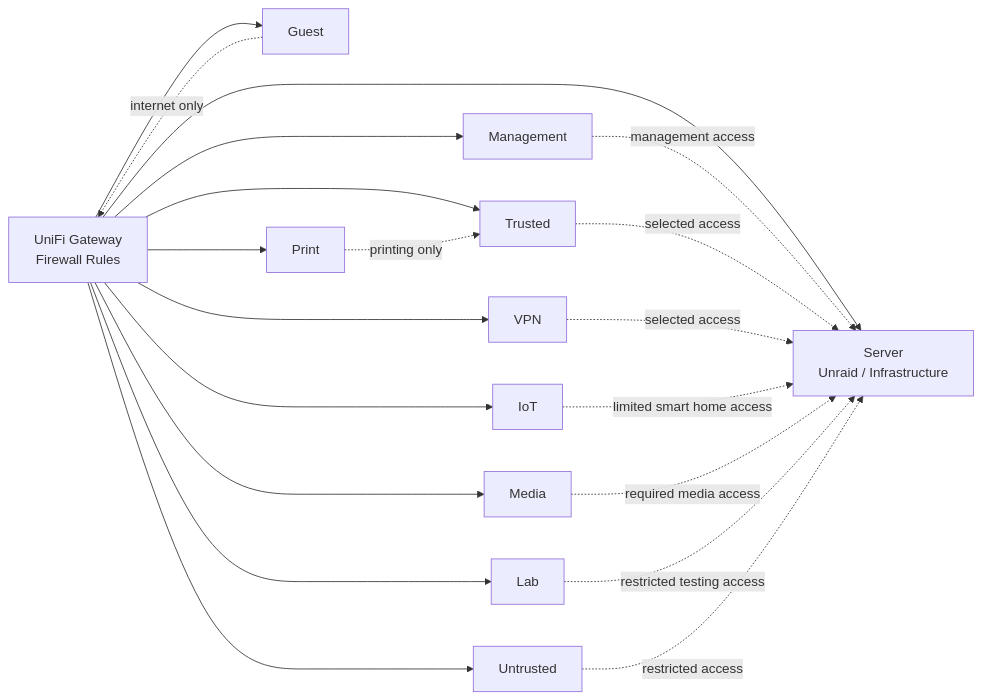
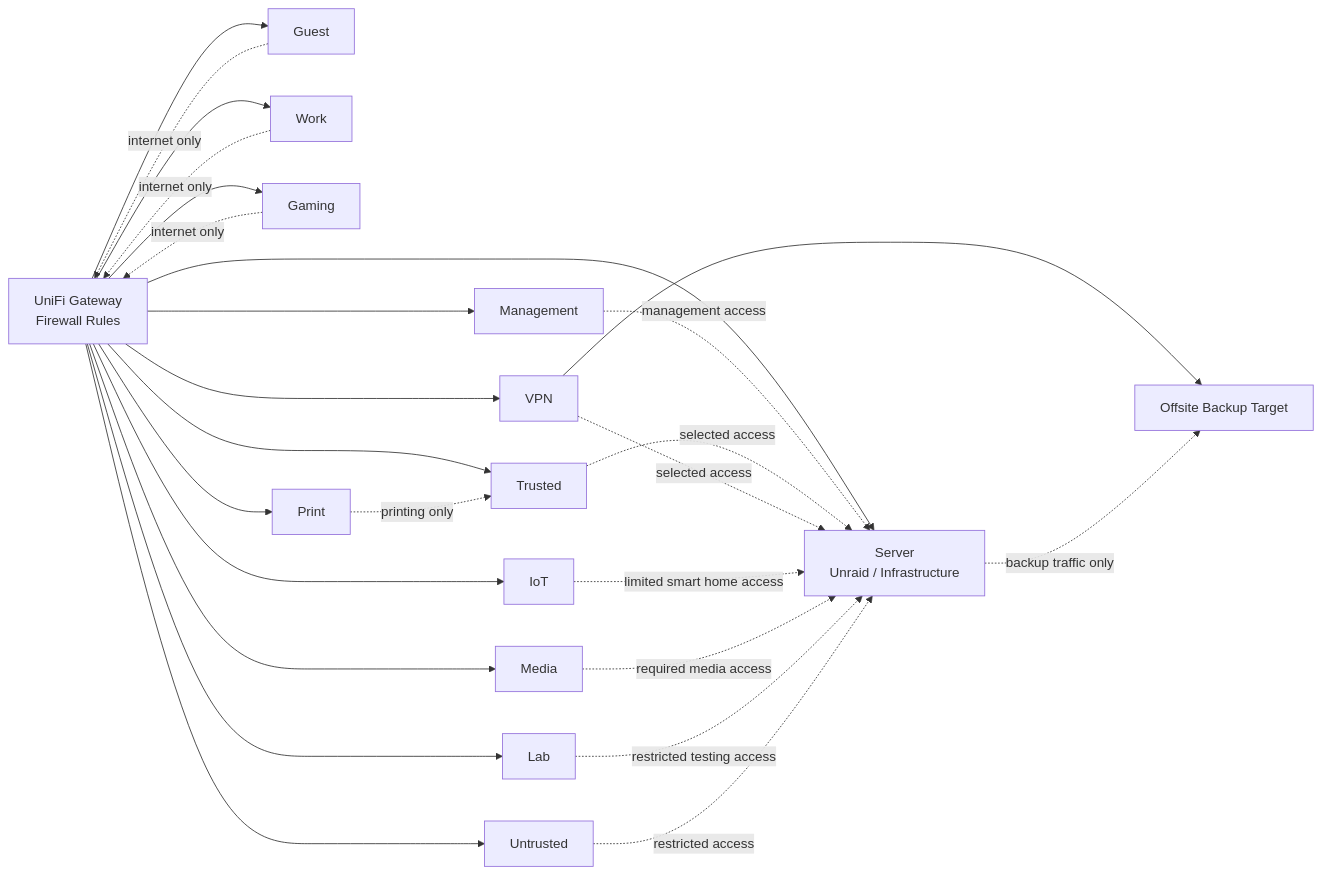
The second of 2 diagrams in docs/network-roadmap.md (ThomasMann2001/HeimServer-Projekt), drawn with Mermaid before and after one commit. The commit also changed other lines of this file, not shown here.

First line of the commit message:
Revise network roadmap with new details and clarifications

````diff
--- a/docs/network-roadmap.md
+++ b/docs/network-roadmap.md
@@ -94,36 +105,45 @@
 ```mermaid
 flowchart LR
     UCG["UniFi Gateway<br/>Firewall Rules"]
 
     MGMT["Management"]
     Trusted["Trusted"]
     Untrusted["Untrusted"]
     Server["Server<br/>Unraid / Infrastructure"]
     Media["Media"]
     IoT["IoT"]
     Guest["Guest"]
+    Work["Work"]
+    Gaming["Gaming"]
     Lab["Lab"]
     Print["Print"]
     VPN["VPN"]
+    Offsite["Offsite Backup Target"]
 
     UCG --> MGMT
     UCG --> Trusted
     UCG --> Untrusted
     UCG --> Server
     UCG --> Media
     UCG --> IoT
     UCG --> Guest
+    UCG --> Work
+    UCG --> Gaming
     UCG --> Lab
     UCG --> Print
     UCG --> VPN
+    VPN --> Offsite
 
     MGMT -.->|"management access"| Server
     Trusted -.->|"selected access"| Server
     VPN -.->|"selected access"| Server
     IoT -.->|"limited smart home access"| Server
     Media -.->|"required media access"| Server
     Print -.->|"printing only"| Trusted
     Lab -.->|"restricted testing access"| Server
     Untrusted -.->|"restricted access"| Server
+    Server -.->|"backup traffic only"| Offsite
     Guest -.->|"internet only"| UCG
+    Work -.->|"internet only"| UCG
+    Gaming -.->|"internet only"| UCG
 ```
````
